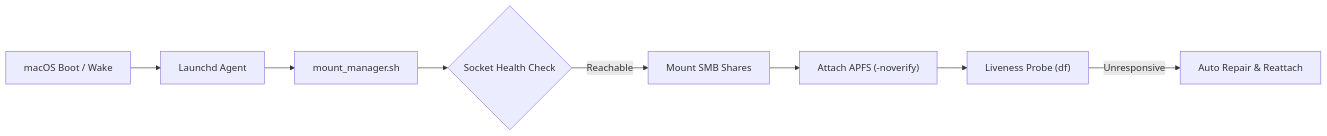
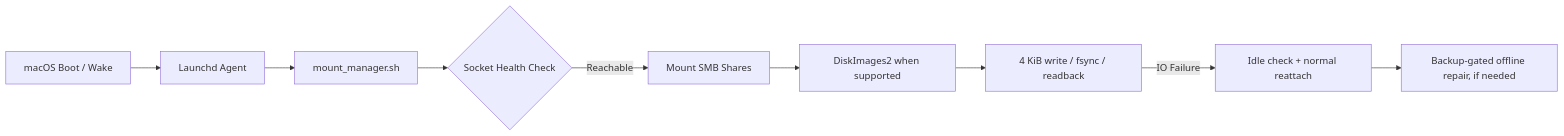
One commit to yuanweize/LazyMount-Mac changed the diagram in docs/index.md. Above: the diagram before and after it, drawn with Mermaid. The commit also changed other lines of this file and 12 other files, not shown here.

Commit message:
fix(apfs): restore default ownership with DiskImages2 and document v3.0.2

````diff
--- a/docs/index.md
+++ b/docs/index.md
@@ -33,10 +33,11 @@
 ```mermaid
 graph LR
     SystemBoot["macOS Boot / Wake"] --> LaunchdAgent["Launchd Agent"]
     LaunchdAgent --> Script["mount_manager.sh"]
     Script --> SocketCheck{"Socket Health Check"}
     SocketCheck -- Reachable --> MountSMB["Mount SMB Shares"]
-    MountSMB --> APFSAttach["Attach APFS (-noverify)"]
-    APFSAttach --> LivenessWatchdog["Liveness Probe (df)"]
-    LivenessWatchdog -- Unresponsive --> SelfHeal["Auto Repair & Reattach"]
+    MountSMB --> APFSAttach["DiskImages2 when supported"]
+    APFSAttach --> LivenessWatchdog["4 KiB write / fsync / readback"]
+    LivenessWatchdog -- IO Failure --> SelfHeal["Idle check + normal reattach"]
+    SelfHeal --> Approval["Backup-gated offline repair, if needed"]
 ```
````
